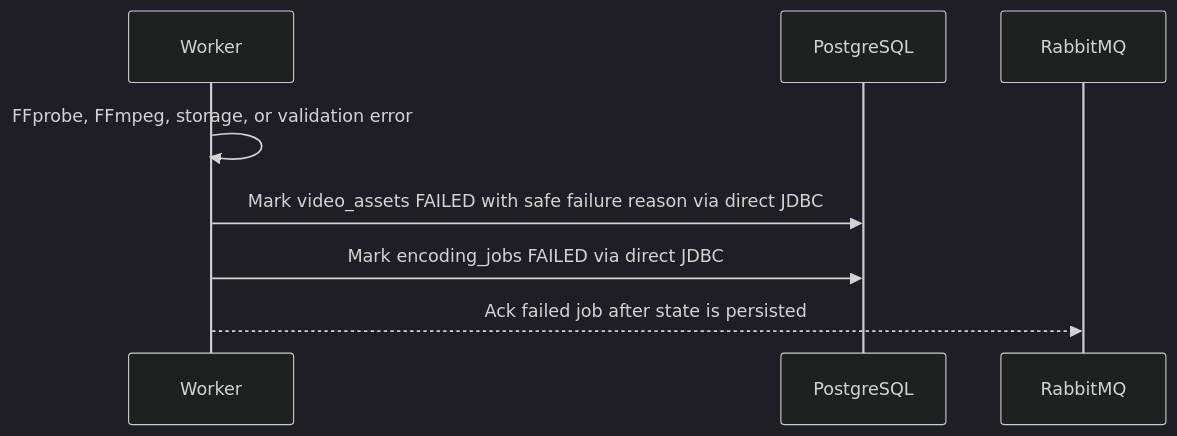
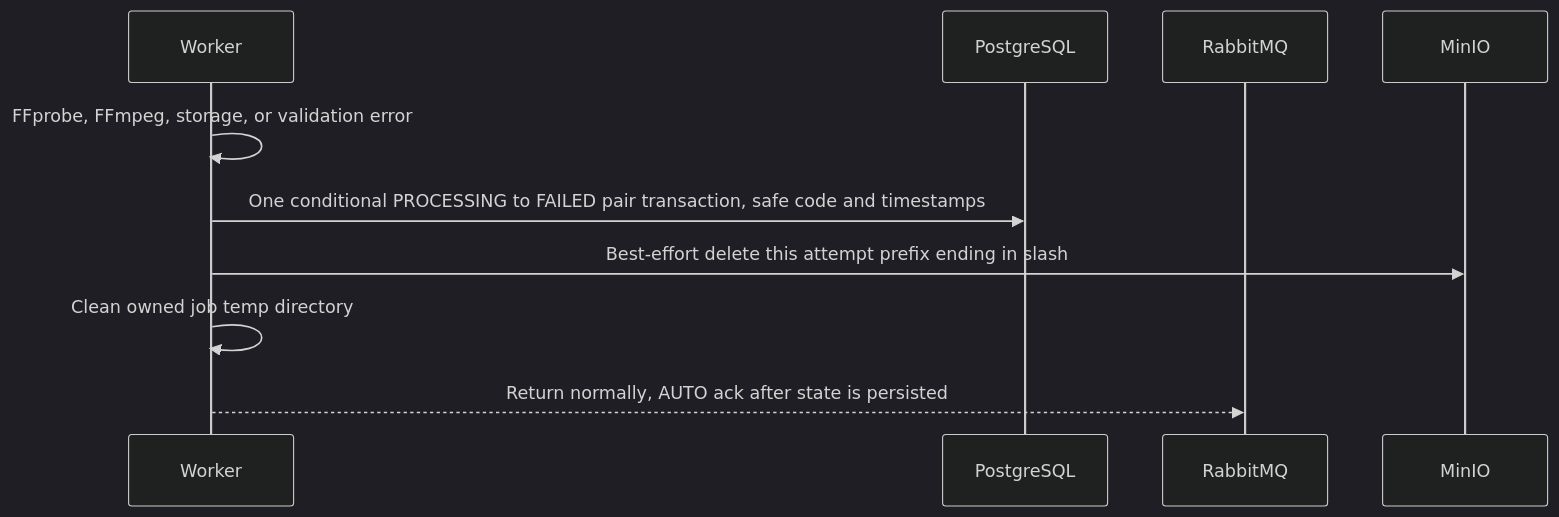
The fourth of 9 diagrams in docs/architecture/SEQUENCE-DIAGRAMS.md (Duyphanb/Self-hosted-VoD-Platform), drawn with Mermaid (dark theme) before and after one commit. The commit also changed other lines of this file and 21 other files, not shown here.

````diff
--- a/docs/architecture/SEQUENCE-DIAGRAMS.md
+++ b/docs/architecture/SEQUENCE-DIAGRAMS.md
@@ -59,11 +114,13 @@
 ```mermaid
 sequenceDiagram
     participant Worker
     participant PostgreSQL
     participant RabbitMQ
+    participant MinIO
 
     Worker->>Worker: FFprobe, FFmpeg, storage, or validation error
-    Worker->>PostgreSQL: Mark video_assets FAILED with safe failure reason via direct JDBC
-    Worker->>PostgreSQL: Mark encoding_jobs FAILED via direct JDBC
-    Worker-->>RabbitMQ: Ack failed job after state is persisted
+    Worker->>PostgreSQL: One conditional PROCESSING to FAILED pair transaction, safe code and timestamps
+    Worker->>MinIO: Best-effort delete this attempt prefix ending in slash
+    Worker->>Worker: Clean owned job temp directory
+    Worker-->>RabbitMQ: Return normally, AUTO ack after state is persisted
 ```
````
